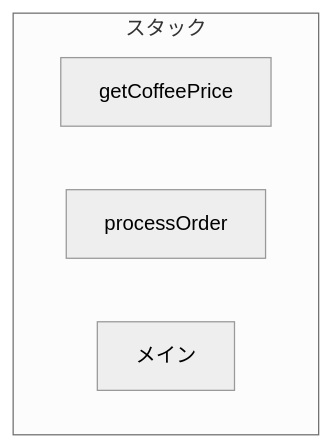
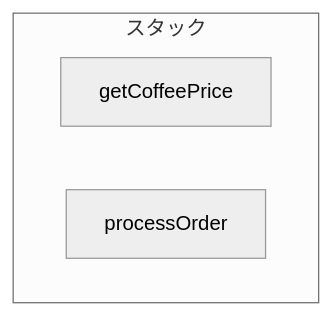
Before and after one commit to Ryutaro-horiuchi/self-development: the first of 3 diagrams in output/2025/02/JavaScriptの処理順序ってどうなってるの？.md, drawn with Mermaid (neutral theme). The commit also changed other lines of this file and 1 other file, not shown here.

````diff
--- a/output/2025/02/JavaScriptの処理順序ってどうなってるの？.md
+++ b/output/2025/02/JavaScriptの処理順序ってどうなってるの？.md
@@ -85,8 +87,7 @@
-        ```mermaid
-        flowchart TB
-            subgraph Table["スタック"]
-                GetCoffeePrice[getCoffeePrice]
-                ProcessOrder[processOrder]
-                Main[メイン]
-            end
-        ```
+```mermaid
+flowchart TB
+    subgraph Table["スタック"]
+        GetCoffeePrice[getCoffeePrice]
+        ProcessOrder[processOrder]
+    end
+```
````
